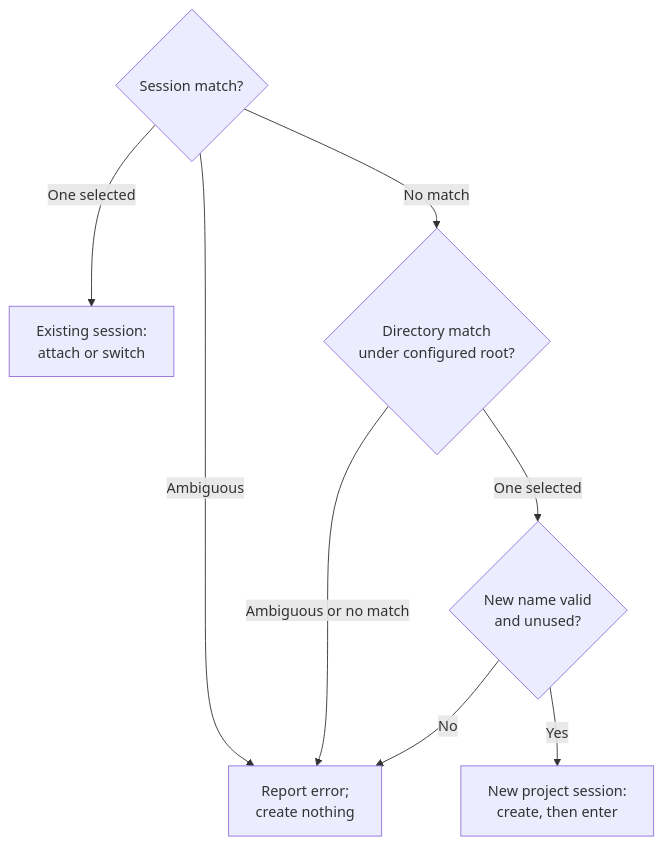
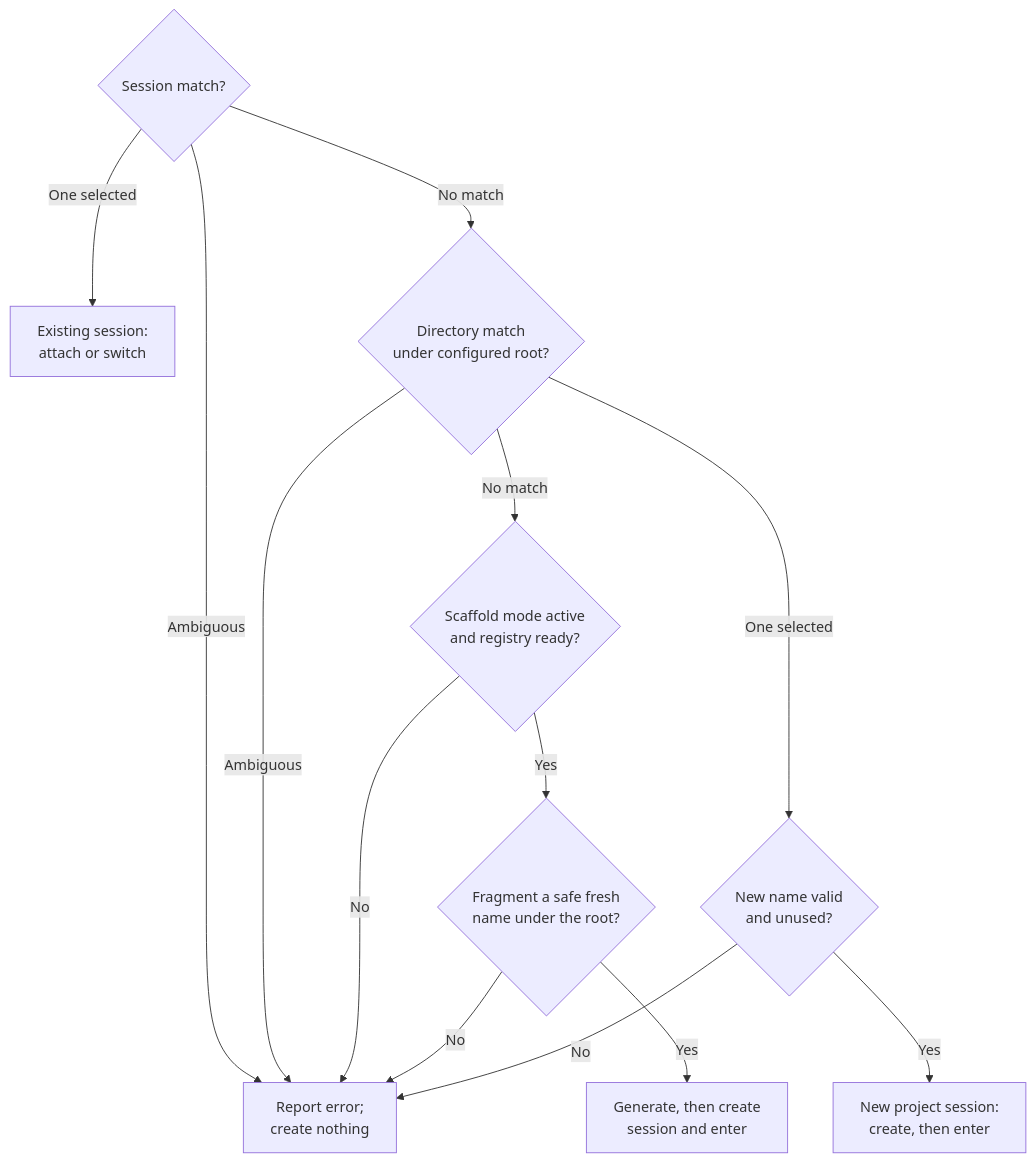
Before and after one commit to rektide/tta: the diagram in README.md, drawn with Mermaid. The commit also changed other lines of this file and 1 other file, not shown here.

First line of the commit message:
Document scaffold mode and record the design decisions

````diff
--- a/README.md
+++ b/README.md
@@ -72,10 +138,15 @@
 ```mermaid
 flowchart TD
     matchSession{"Session match?"} -->|One selected| useSession["Existing session:<br/>attach or switch"]
     matchSession -->|Ambiguous| stopResolution["Report error;<br/>create nothing"]
     matchSession -->|No match| matchProject{"Directory match<br/>under configured root?"}
-    matchProject -->|Ambiguous or no match| stopResolution
+    matchProject -->|Ambiguous| stopResolution
+    matchProject -->|No match| scaffold{"Scaffold mode active<br/>and registry ready?"}
+    scaffold -->|No| stopResolution
+    scaffold -->|Yes| validateCreate{"Fragment a safe fresh<br/>name under the root?"}
+    validateCreate -->|No| stopResolution
+    validateCreate -->|Yes| runGenerator["Generate, then create<br/>session and enter"]
     matchProject -->|One selected| validateName{"New name valid<br/>and unused?"}
     validateName -->|No| stopResolution
     validateName -->|Yes| createSession["New project session:<br/>create, then enter"]
 ```
````
